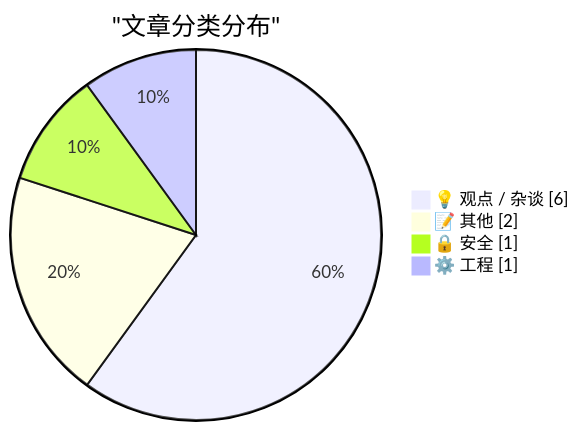
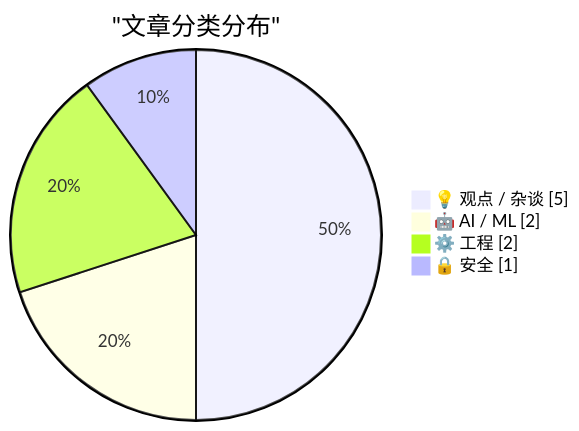
Before and after one commit to originem0/SZBlog: the first of 2 diagrams in content/ai-daily/2026-03-13.md, drawn with Mermaid. The commit also changed other lines of this file, not shown here.

````diff
--- a/content/ai-daily/2026-03-13.md
+++ b/content/ai-daily/2026-03-13.md
@@ -54,8 +60,8 @@
 ```mermaid
 pie showData
     title "文章分类分布"
-    "💡 观点 / 杂谈" : 6
-    "📝 其他" : 2
+    "💡 观点 / 杂谈" : 5
+    "🤖 AI / ML" : 2
+    "⚙️ 工程" : 2
     "🔒 安全" : 1
-    "⚙️ 工程" : 1
 ```
````
